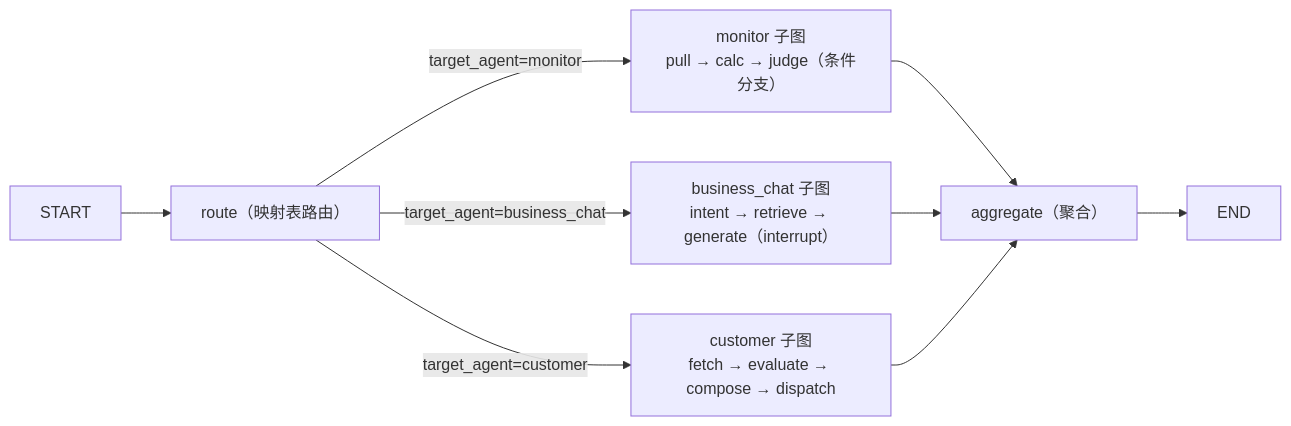
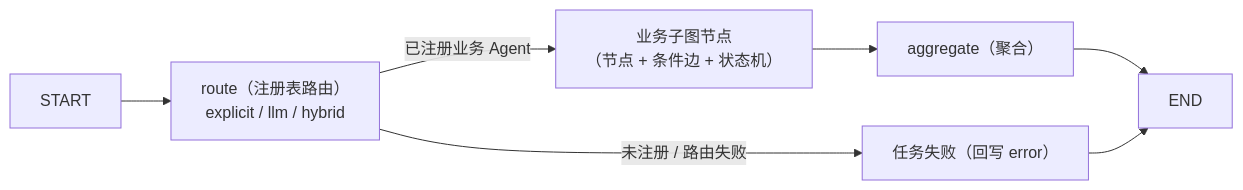
The second of 2 diagrams in README.md (chain-engine/x-BeiChen), drawn with Mermaid before and after one commit. The commit also changed other lines of this file and 9 other files, not shown here.

````diff
--- a/README.md
+++ b/README.md
@@ -108,11 +119,9 @@
 ```mermaid
 flowchart LR
-    START --> ROUTE["route（映射表路由）"]
-    ROUTE -->|"target_agent=monitor"| SUB1["monitor 子图<br/>pull → calc → judge（条件分支）"]
-    ROUTE -->|"target_agent=business_chat"| SUB2["business_chat 子图<br/>intent → retrieve → generate（interrupt）"]
-    ROUTE -->|"target_agent=customer"| SUB3["customer 子图<br/>fetch → evaluate → compose → dispatch"]
-    SUB1 --> AGG["aggregate（聚合）"]
-    SUB2 --> AGG
-    SUB3 --> AGG
+    START --> ROUTE["route（注册表路由）<br/>explicit / llm / hybrid"]
+    ROUTE -->|"已注册业务 Agent"| SUB["业务子图节点<br/>（节点 + 条件边 + 状态机）"]
+    SUB --> AGG["aggregate（聚合）"]
     AGG --> END
+    ROUTE -->|"未注册 / 路由失败"| FAIL["任务失败（回写 error）"]
+    FAIL --> END
 ```
````
